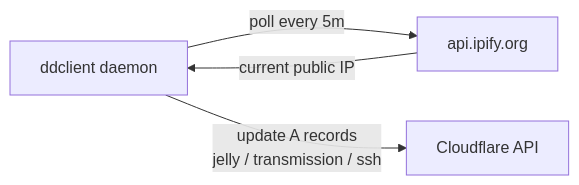
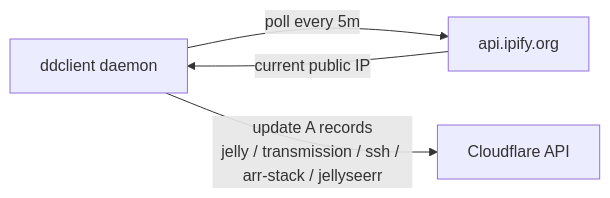
Before and after one commit to sillyash/homelab: the diagram in services/ddclient/README.md, drawn with Mermaid. The commit also changed other lines of this file and 19 other files, not shown here.

First line of the commit message:
feat: add Sonarr/Radarr/Prowlarr/Bazarr/NZBGet/Jellyseerr media acquisition stack

````diff
--- a/services/ddclient/README.md
+++ b/services/ddclient/README.md
@@ -8,10 +8,10 @@
 ```mermaid
 graph LR
     ddclient["ddclient daemon"]
     ipify["api.ipify.org"]
     cf["Cloudflare API"]
 
     ddclient -->|"poll every 5m"| ipify
     ipify -->|current public IP| ddclient
-    ddclient -->|"update A records<br>jelly / transmission / ssh"| cf
+    ddclient -->|"update A records<br>jelly / transmission / ssh / arr-stack / jellyseerr"| cf
 ```
````
